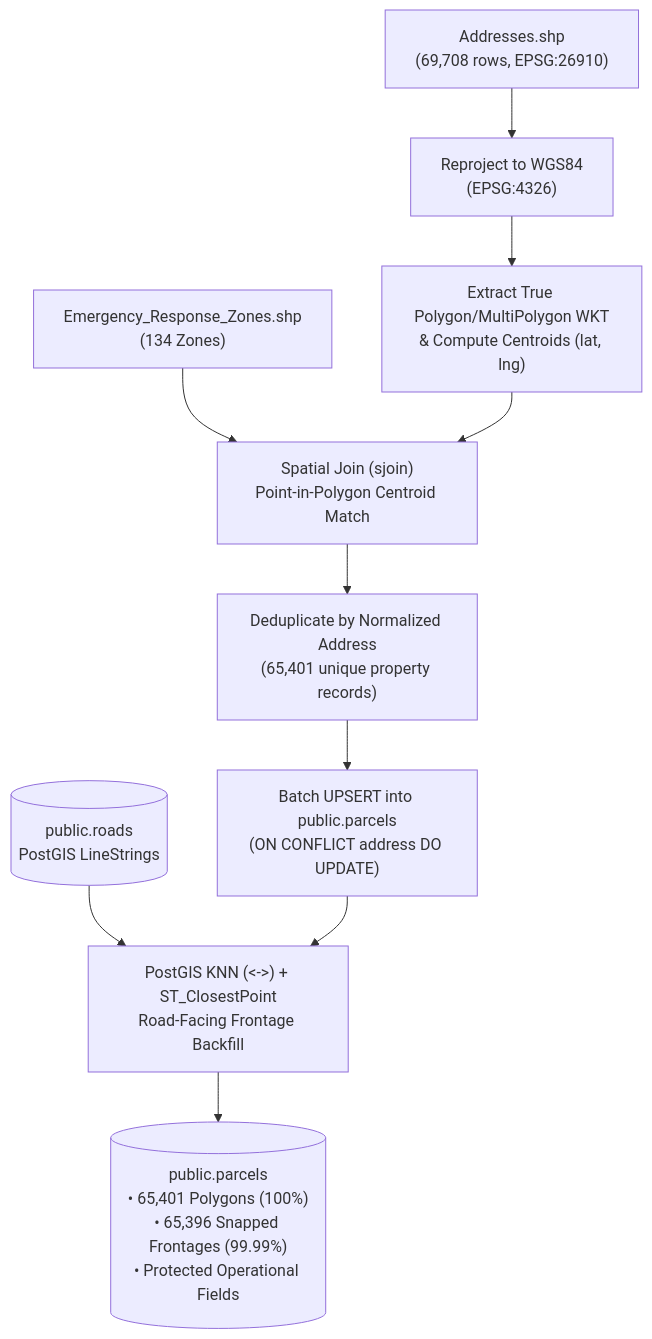
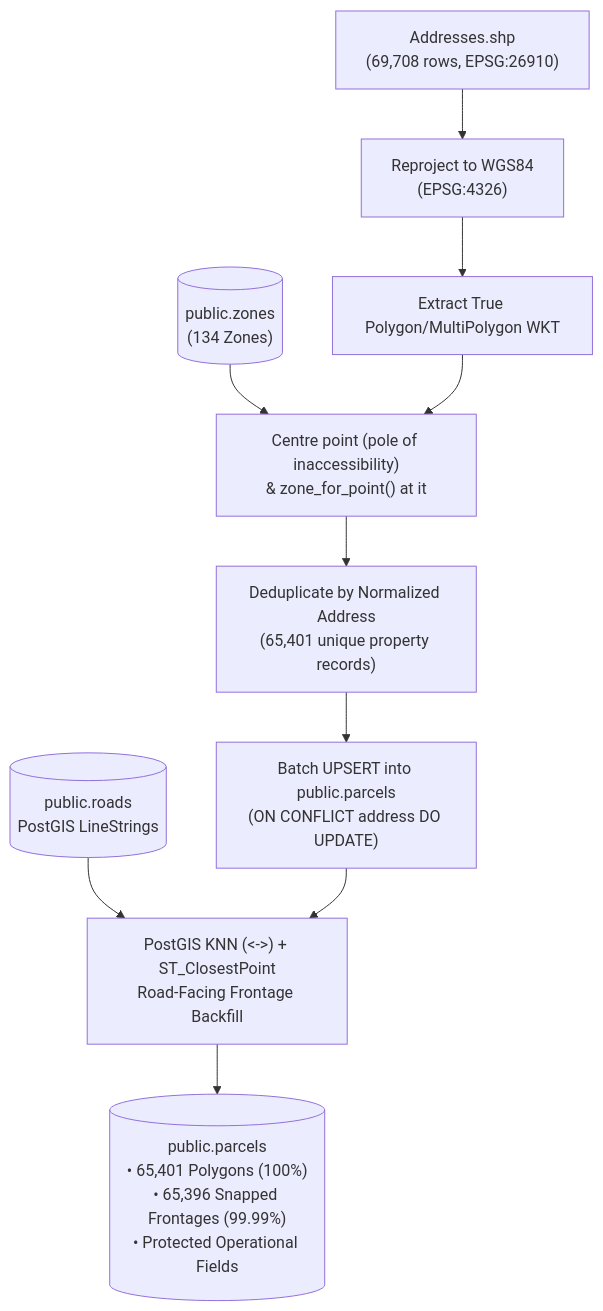
One commit to cwoodworth89/CFR-EVO-APP changed the diagram in docs/development_freeze_summary.md. Above: the diagram before and after it, drawn with Mermaid. The commit also changed other lines of this file and 7 other files, not shown here.

First line of the commit message:
fix(parcels): a lot's centre is its pole of inaccessibility and its grid the zone at that point; remove the script-made "manual" junction

````diff
--- a/docs/development_freeze_summary.md
+++ b/docs/development_freeze_summary.md
@@ -22,12 +22,12 @@
 ```mermaid
 flowchart TD
     A["Addresses.shp<br/>(69,708 rows, EPSG:26910)"] --> B["Reproject to WGS84<br/>(EPSG:4326)"]
-    B --> C["Extract True Polygon/MultiPolygon WKT<br/>& Compute Centroids (lat, lng)"]
-    D["Emergency_Response_Zones.shp<br/>(134 Zones)"] --> E["Spatial Join (sjoin)<br/>Point-in-Polygon Centroid Match"]
+    B --> C["Extract True Polygon/MultiPolygon WKT"]
+    D[("public.zones<br/>(134 Zones)")] --> E["Centre point (pole of inaccessibility)<br/>& zone_for_point() at it"]
     C --> E
     E --> F["Deduplicate by Normalized Address<br/>(65,401 unique property records)"]
     F --> G["Batch UPSERT into public.parcels<br/>(ON CONFLICT address DO UPDATE)"]
     H[("public.roads<br/>PostGIS LineStrings")] --> I["PostGIS KNN (<->) + ST_ClosestPoint<br/>Road-Facing Frontage Backfill"]
     G --> I
     I --> J[("public.parcels<br/>• 65,401 Polygons (100%)<br/>• 65,396 Snapped Frontages (99.99%)<br/>• Protected Operational Fields")]
 ```
````
